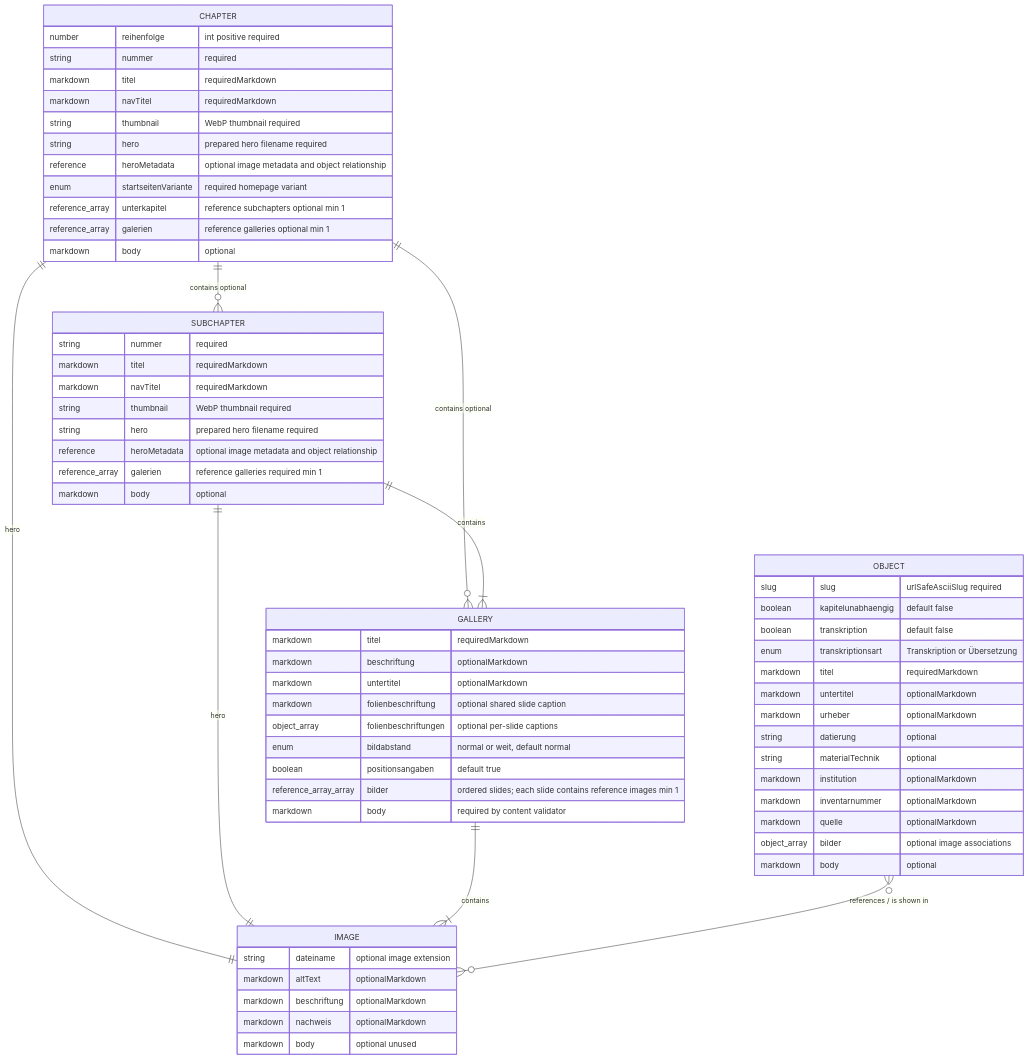
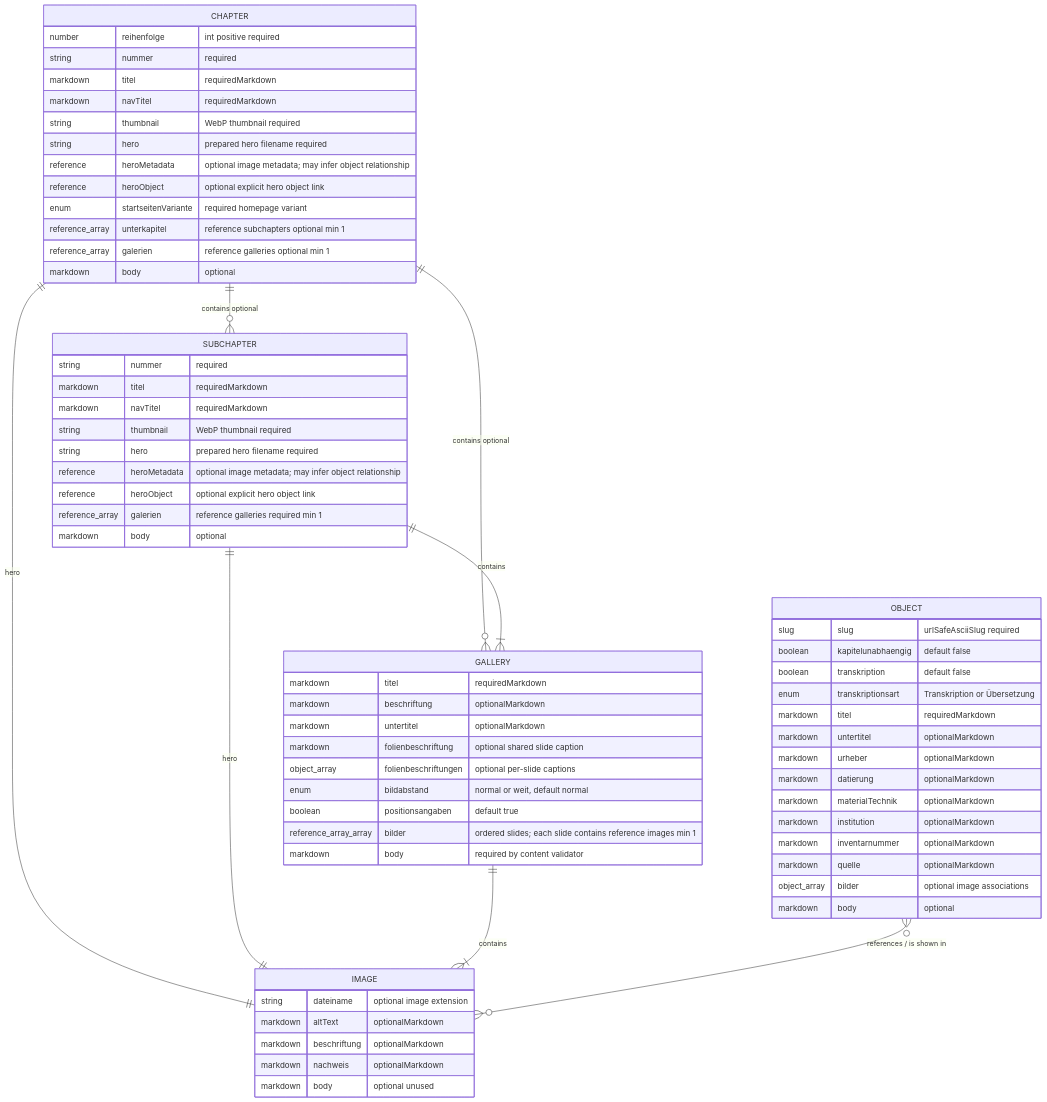
One commit to Theodor-Springmann-Stiftung/hebel-ausstellung changed the diagram in docs/content-model.md. Above: the diagram before and after it, drawn with Mermaid. The commit also changed other lines of this file and 1 other file, not shown here.

````diff
--- a/docs/content-model.md
+++ b/docs/content-model.md
@@ -325,72 +327,74 @@
 ```mermaid
 erDiagram
   CHAPTER ||--o{ SUBCHAPTER : "contains optional"
   CHAPTER ||--o{ GALLERY : "contains optional"
   CHAPTER ||--|| IMAGE : "hero"
   SUBCHAPTER ||--|{ GALLERY : "contains"
   SUBCHAPTER ||--|| IMAGE : "hero"
   GALLERY ||--|{ IMAGE : "contains"
   OBJECT }o--o{ IMAGE : "references / is shown in"
 
   CHAPTER {
     number reihenfolge "int positive required"
     string nummer "required"
     markdown titel "requiredMarkdown"
     markdown navTitel "requiredMarkdown"
     string thumbnail "WebP thumbnail required"
     string hero "prepared hero filename required"
-    reference heroMetadata "optional image metadata and object relationship"
+    reference heroMetadata "optional image metadata; may infer object relationship"
+    reference heroObject "optional explicit hero object link"
     enum startseitenVariante "required homepage variant"
     reference_array unterkapitel "reference subchapters optional min 1"
     reference_array galerien "reference galleries optional min 1"
     markdown body "optional"
   }
 
   SUBCHAPTER {
     string nummer "required"
     markdown titel "requiredMarkdown"
     markdown navTitel "requiredMarkdown"
     string thumbnail "WebP thumbnail required"
     string hero "prepared hero filename required"
-    reference heroMetadata "optional image metadata and object relationship"
+    reference heroMetadata "optional image metadata; may infer object relationship"
+    reference heroObject "optional explicit hero object link"
     reference_array galerien "reference galleries required min 1"
     markdown body "optional"
   }
 
   GALLERY {
     markdown titel "requiredMarkdown"
     markdown beschriftung "optionalMarkdown"
     markdown untertitel "optionalMarkdown"
     markdown folienbeschriftung "optional shared slide caption"
     object_array folienbeschriftungen "optional per-slide captions"
     enum bildabstand "normal or weit, default normal"
     boolean positionsangaben "default true"
     reference_array_array bilder "ordered slides; each slide contains reference images min 1"
     markdown body "required by content validator"
   }
 
   IMAGE {
     string dateiname "optional image extension"
     markdown altText "optionalMarkdown"
     markdown beschriftung "optionalMarkdown"
     markdown nachweis "optionalMarkdown"
     markdown body "optional unused"
   }
 
   OBJECT {
     slug slug "urlSafeAsciiSlug required"
     boolean kapitelunabhaengig "default false"
     boolean transkription "default false"
     enum transkriptionsart "Transkription or Übersetzung"
     markdown titel "requiredMarkdown"
     markdown untertitel "optionalMarkdown"
     markdown urheber "optionalMarkdown"
-    string datierung "optional"
-    string materialTechnik "optional"
+    markdown datierung "optionalMarkdown"
+    markdown materialTechnik "optionalMarkdown"
     markdown institution "optionalMarkdown"
     markdown inventarnummer "optionalMarkdown"
     markdown quelle "optionalMarkdown"
     object_array bilder "optional image associations"
     markdown body "optional"
   }
 ```
````
